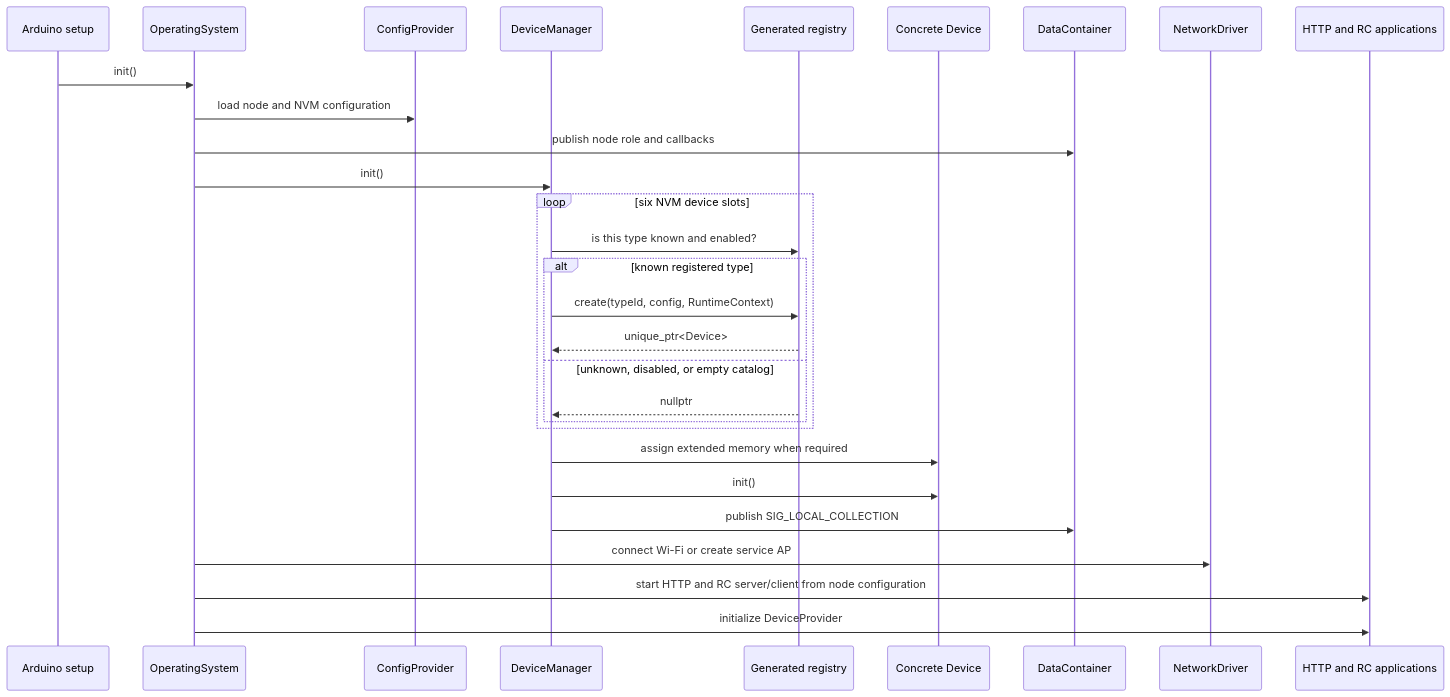
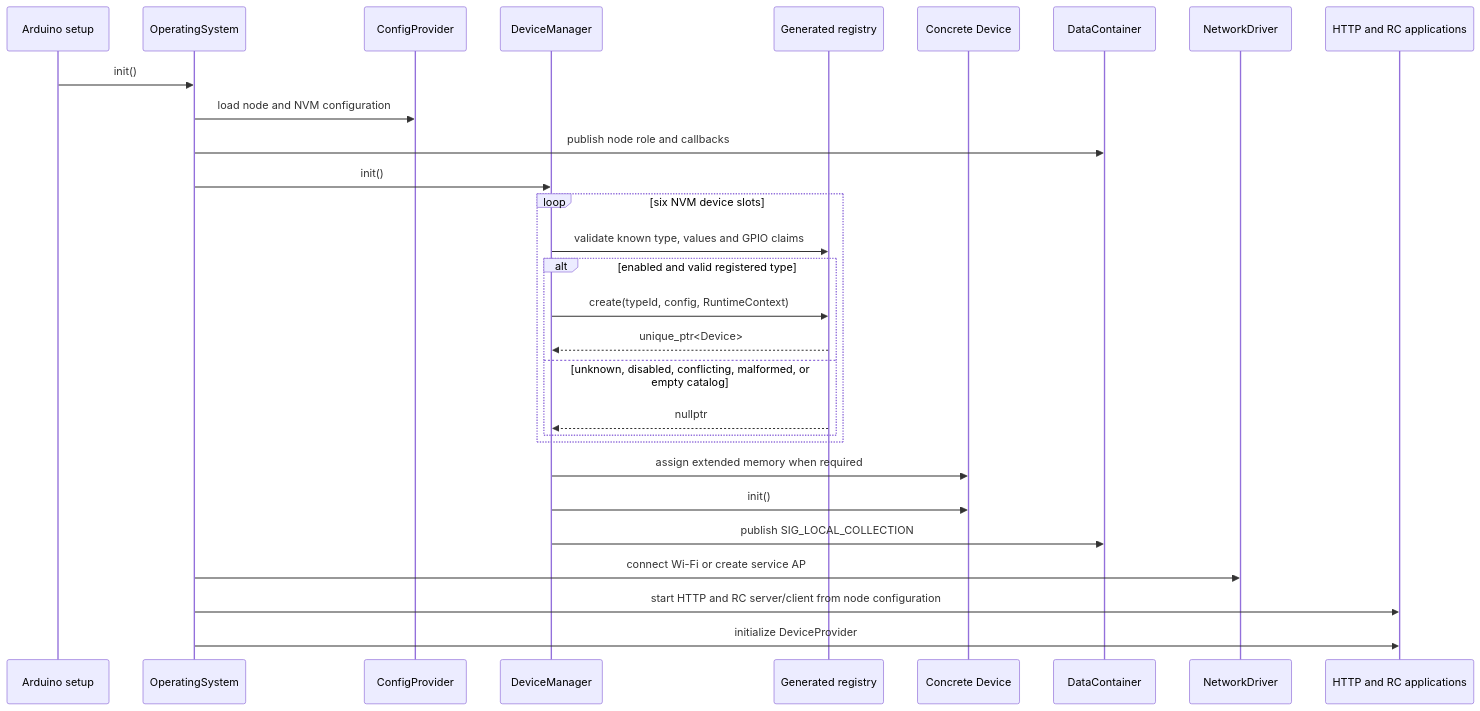
The third of 9 diagrams in ARCHITECTURE.md (kubabec/HomeControlStation), drawn with Mermaid before and after one commit. The commit also changed other lines of this file and 58 other files, not shown here.

````diff
--- a/ARCHITECTURE.md
+++ b/ARCHITECTURE.md
@@ -137,32 +137,32 @@
 ```mermaid
 sequenceDiagram
     participant Main as Arduino setup
     participant OS as OperatingSystem
     participant Config as ConfigProvider
     participant DM as DeviceManager
     participant Registry as Generated registry
     participant Device as Concrete Device
     participant DC as DataContainer
     participant Net as NetworkDriver
     participant Apps as HTTP and RC applications
 
     Main->>OS: init()
     OS->>Config: load node and NVM configuration
     OS->>DC: publish node role and callbacks
     OS->>DM: init()
     loop six NVM device slots
-        DM->>Registry: is this type known and enabled?
-        alt known registered type
+        DM->>Registry: validate known type, values and GPIO claims
+        alt enabled and valid registered type
             DM->>Registry: create(typeId, config, RuntimeContext)
             Registry-->>DM: unique_ptr<Device>
-        else unknown, disabled, or empty catalog
+        else unknown, disabled, conflicting, malformed, or empty catalog
             Registry-->>DM: nullptr
         end
     end
     DM->>Device: assign extended memory when required
     DM->>Device: init()
     DM->>DC: publish SIG_LOCAL_COLLECTION
     OS->>Net: connect Wi-Fi or create service AP
     OS->>Apps: start HTTP and RC server/client from node configuration
     OS->>Apps: initialize DeviceProvider
 ```
````
